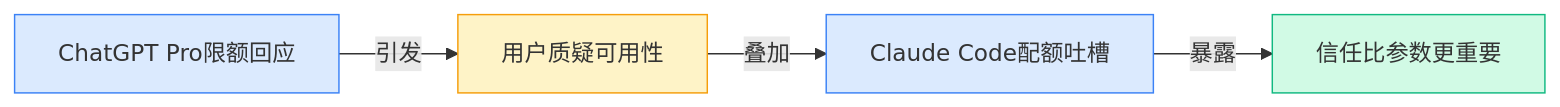
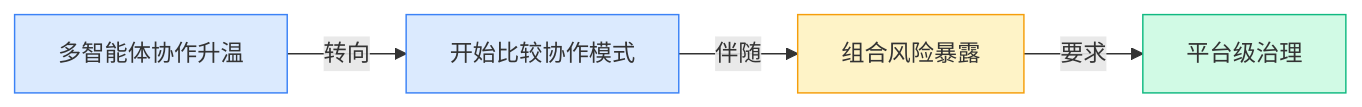
Before and after one commit to ylzsdafei/ai-daily-site: the third of 8 diagrams in content/cn/blog/weekly/2026-W16.md, drawn with Mermaid. The commit also changed other lines of this file and 1 other file, not shown here.

Commit message:
feat: 宏观趋势加详细图谱折叠

````diff
--- a/content/cn/blog/weekly/2026-W16.md
+++ b/content/cn/blog/weekly/2026-W16.md
@@ -82,12 +80,10 @@
 ```mermaid
 graph LR
-A[ChatGPT Pro限额回应]-->|引发|B[用户质疑可用性]
-B-->|叠加|C[Claude Code配额吐槽]
-C-->|暴露|D[信任比参数更重要]
+A[多智能体协作升温] -->|转向| B[开始比较协作模式] -->|伴随| C[组合风险暴露] -->|要求| D[平台级治理]
 classDef blue fill:#dbeafe,stroke:#3b82f6
 classDef yellow fill:#fef3c7,stroke:#f59e0b
 classDef green fill:#d1fae5,stroke:#10b981
-class A,C blue
-class B yellow
+class A,B blue
+class C yellow
 class D green
 ```
````
